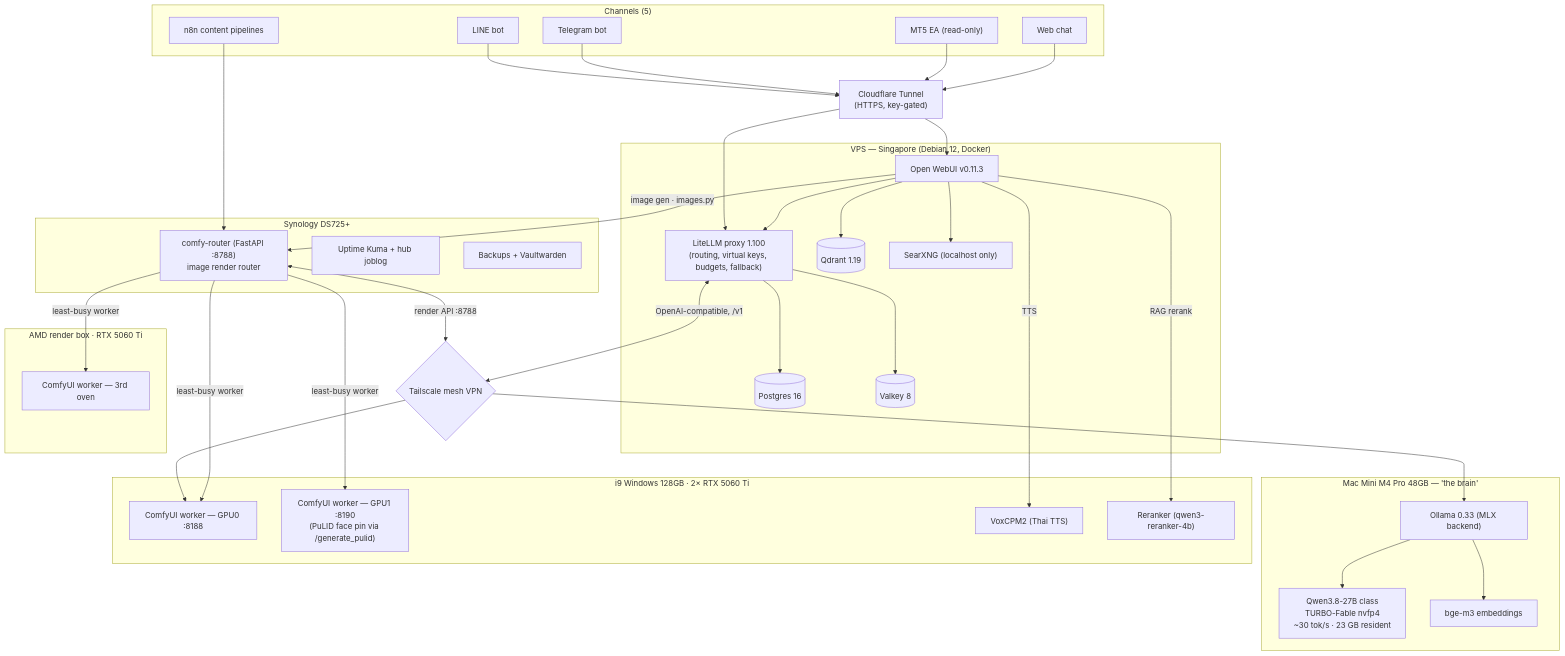
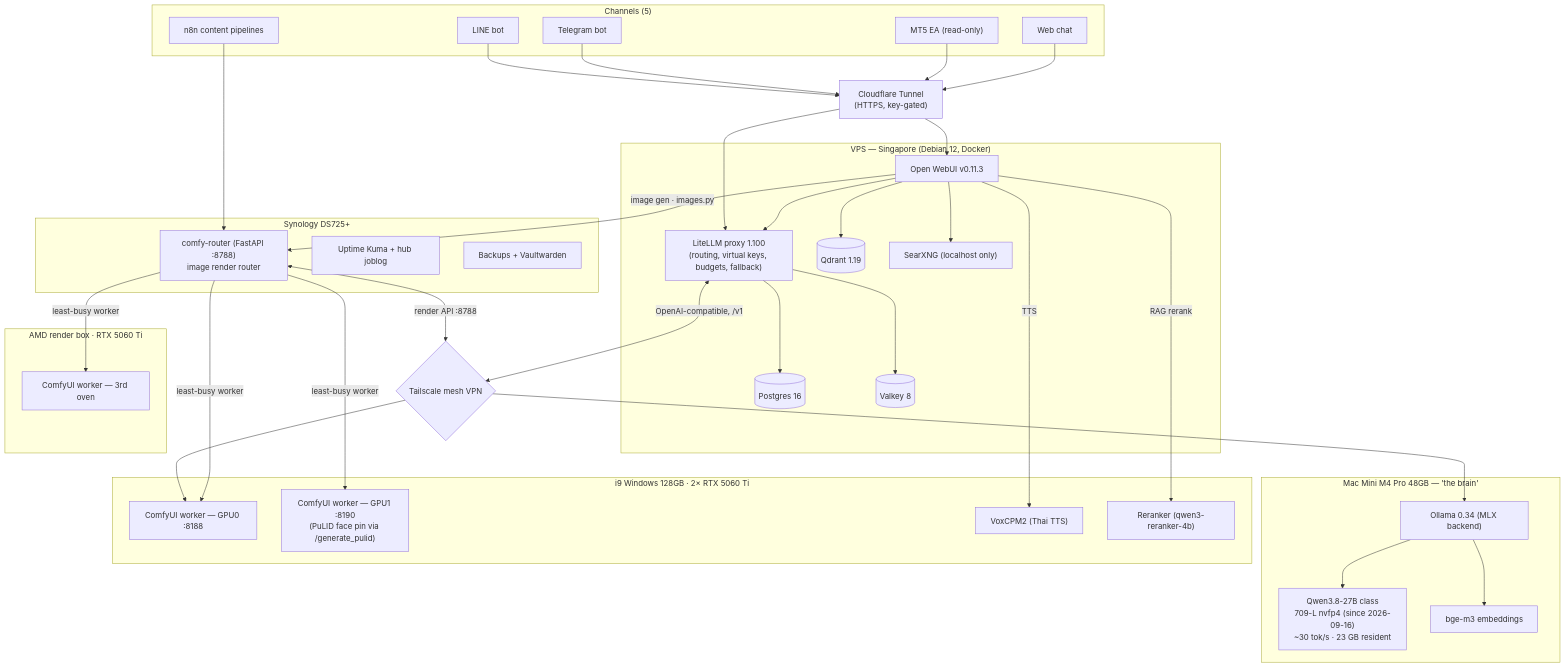
Before and after one commit to siamcafe/bomllm: the diagram in README.md, drawn with Mermaid. The commit also changed other lines of this file and 4 other files, not shown here.

Commit message:
709-L cutover 2026-09-16: model promoted (Arm B +0.225 paired, 8-1-11, 141s vs 439s walls), ollama 0.33.3->0.34.1, sampling pin verbatim from prod Modelfile, alias fan-out retired to single qwen38-uni + bak rollback [ops-hub]

````diff
--- a/README.md
+++ b/README.md
@@ -23,63 +23,63 @@
 ```mermaid
 flowchart TB
     subgraph USERS["Channels (5)"]
         LINE["LINE bot"]
         TG["Telegram bot"]
         MT5["MT5 EA (read-only)"]
         WEB["Web chat"]
         N8NP["n8n content pipelines"]
     end
 
     CF["Cloudflare Tunnel<br/>(HTTPS, key-gated)"]
 
     subgraph VPS["VPS — Singapore (Debian 12, Docker)"]
         OW["Open WebUI v0.11.3"]
         LL["LiteLLM proxy 1.100<br/>(routing, virtual keys, budgets, fallback)"]
         PG[("Postgres 16")]
         QD[("Qdrant 1.19")]
         VY[("Valkey 8")]
         SX["SearXNG (localhost only)"]
     end
 
     TS{"Tailscale mesh VPN"}
 
     subgraph MAC["Mac Mini M4 Pro 48GB — 'the brain'"]
-        OL["Ollama 0.33 (MLX backend)"]
-        M1["Qwen3.8-27B class<br/>TURBO-Fable nvfp4<br/>~30 tok/s · 23 GB resident"]
+        OL["Ollama 0.34 (MLX backend)"]
+        M1["Qwen3.8-27B class<br/>709-L nvfp4 (since 2026-09-16)<br/>~30 tok/s · 23 GB resident"]
         EMB["bge-m3 embeddings"]
     end
 
     subgraph I9["i9 Windows 128GB · 2× RTX 5060 Ti"]
         CU0["ComfyUI worker — GPU0 :8188"]
         CU1["ComfyUI worker — GPU1 :8190<br/>(PuLID face pin via /generate_pulid)"]
         TTS["VoxCPM2 (Thai TTS)"]
         RR["Reranker (qwen3-reranker-4b)"]
     end
 
     subgraph AMD["AMD render box · RTX 5060 Ti"]
         CUA["ComfyUI worker — 3rd oven"]
     end
 
     subgraph NAS["Synology DS725+"]
         CR["comfy-router (FastAPI :8788)<br/>image render router"]
         MON["Uptime Kuma + hub joblog"]
         BAK["Backups + Vaultwarden"]
     end
 
     LINE & TG & MT5 & WEB --> CF
     N8NP --> CR
     CF --> OW & LL
     OW --> LL
     LL --> PG & VY
     OW --> SX
     OW --> QD
     LL <-->|"OpenAI-compatible, /v1"| TS
     CR <-->|"render API :8788"| TS
     TS --> OL
     TS --> CU0
     OL --> M1 & EMB
     OW -->|"image gen · images.py"| CR
     CR -->|"least-busy worker"| CU0 & CU1 & CUA
     OW -->|TTS| TTS
     OW -->|RAG rerank| RR
 ```
````
